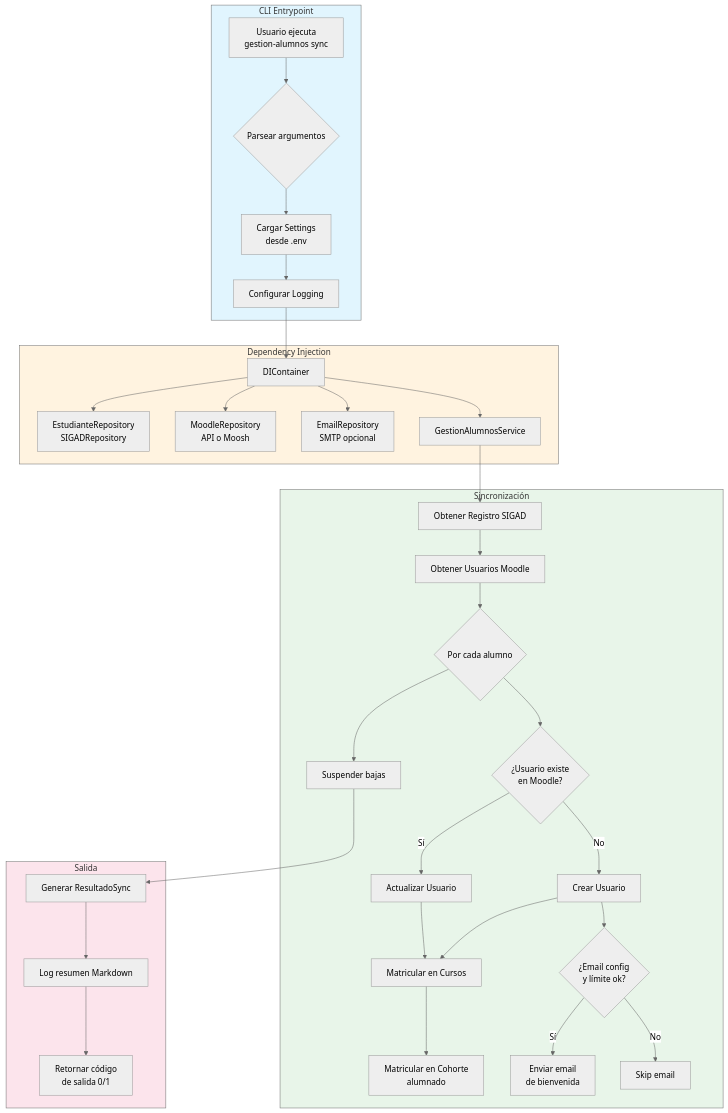
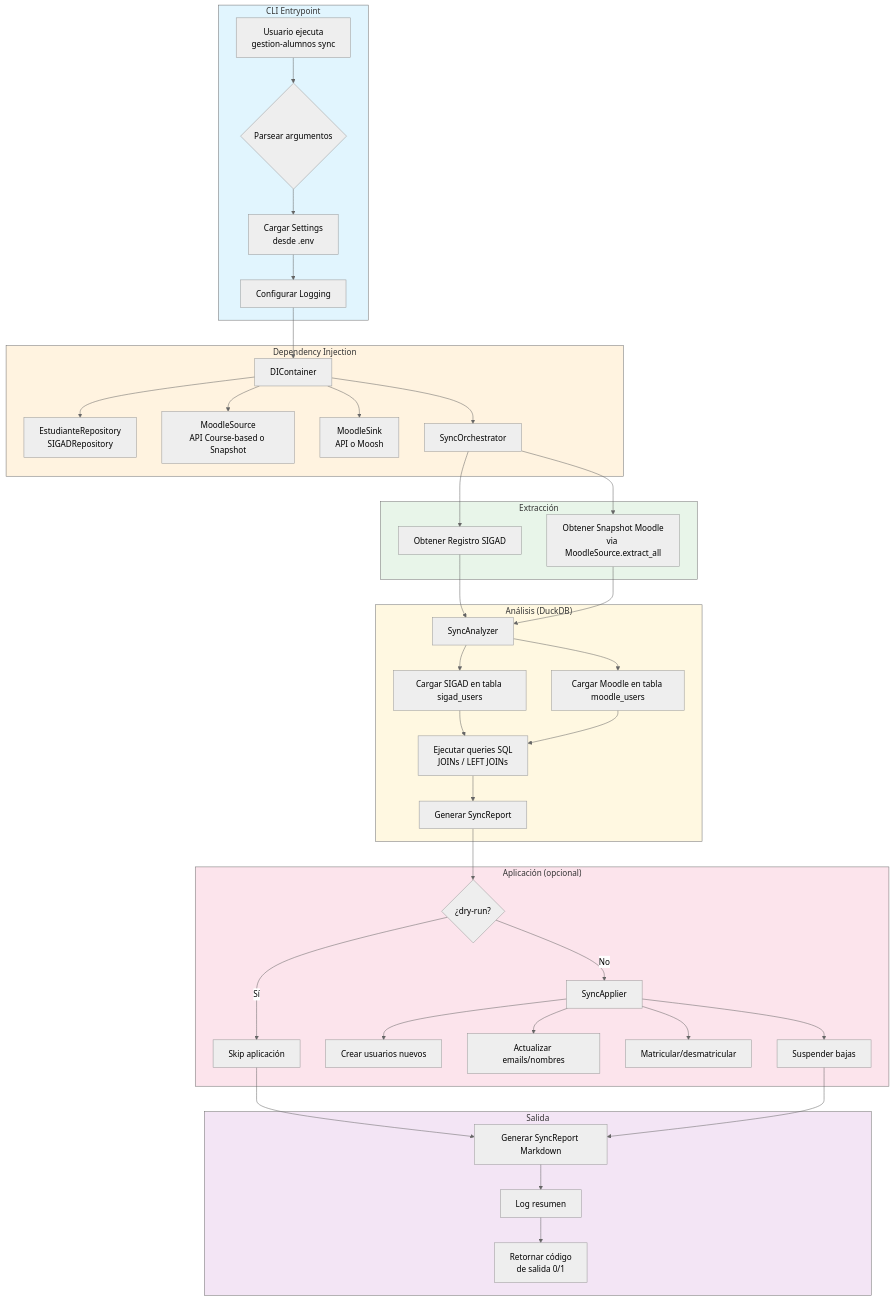
Before and after one commit to FPVirtual/fp-virtual-gestion-alumnos: the first of 10 diagrams in docus/flujos.md, drawn with Mermaid (neutral theme). The commit also changed other lines of this file and 25 other files, not shown here.

First line of the commit message:
feat: logging de reporte markdown + fases 1-6 del pipeline de sincronización

````diff
--- a/docus/flujos.md
+++ b/docus/flujos.md
@@ -26,43 +27,52 @@
 ```mermaid
 flowchart TD
     subgraph CLI["CLI Entrypoint"]
         A[Usuario ejecuta<br/>gestion-alumnos sync] --> B{Parsear argumentos}
         B --> C[Cargar Settings<br/>desde .env]
         C --> D[Configurar Logging]
     end
 
     subgraph DI["Dependency Injection"]
         D --> E[DIContainer]
         E --> E1[EstudianteRepository<br/>SIGADRepository]
-        E --> E2[MoodleRepository<br/>API o Moosh]
-        E --> E3[EmailRepository<br/>SMTP opcional]
-        E --> F[GestionAlumnosService]
+        E --> E2[MoodleSource<br/>API Course-based o Snapshot]
+        E --> E3[MoodleSink<br/>API o Moosh]
+        E --> F[SyncOrchestrator]
     end
 
-    subgraph SYNC["Sincronización"]
+    subgraph EXTRACT["Extracción"]
         F --> G1[Obtener Registro SIGAD]
-        G1 --> G2[Obtener Usuarios Moodle]
-        G2 --> H{Por cada alumno}
-        H --> I{¿Usuario existe<br/>en Moodle?}
-        I -->|No| J[Crear Usuario]
-        I -->|Sí| K[Actualizar Usuario]
-        J --> L[Matricular en Cursos]
-        K --> L
-        L --> M[Matricular en Cohorte<br/>alumnado]
-        J --> N{¿Email config<br/>y límite ok?}
-        N -->|Sí| O[Enviar email<br/>de bienvenida]
-        N -->|No| P[Skip email]
-        H --> Q[Suspender bajas]
+        F --> G2[Obtener Snapshot Moodle<br/>via MoodleSource.extract_all]
+    end
+
+    subgraph ANALYZE["Análisis (DuckDB)"]
+        G1 & G2 --> H[SyncAnalyzer]
+        H --> H1[Cargar SIGAD en tabla sigad_users]
+        H --> H2[Cargar Moodle en tabla moodle_users]
+        H1 & H2 --> H3[Ejecutar queries SQL<br/>JOINs / LEFT JOINs]
+        H3 --> H4[Generar SyncReport]
+    end
+
+    subgraph APPLY["Aplicación (opcional)"]
+        H4 --> I{¿dry-run?}
+        I -->|Sí| J[Skip aplicación]
+        I -->|No| K[SyncApplier]
+        K --> K1[Crear usuarios nuevos]
+        K --> K2[Actualizar emails/nombres]
+        K --> K3[Matricular/desmatricular]
+        K --> K4[Suspender bajas]
     end
 
     subgraph OUT["Salida"]
-        Q --> R[Generar ResultadoSync]
-        R --> S[Log resumen Markdown]
-        S --> T[Retornar código<br/>de salida 0/1]
+        J & K4 --> L[Generar SyncReport Markdown]
+        L --> M[Log resumen]
+        M --> N[Retornar código<br/>de salida 0/1]
     end
 
     style CLI fill:#e1f5fe
     style DI fill:#fff3e0
-    style SYNC fill:#e8f5e9
-    style OUT fill:#fce4ec
+    style EXTRACT fill:#e8f5e9
+    style ANALYZE fill:#fff8e1
+    style APPLY fill:#fce4ec
+    style OUT fill:#f3e5f5
 ```
````
